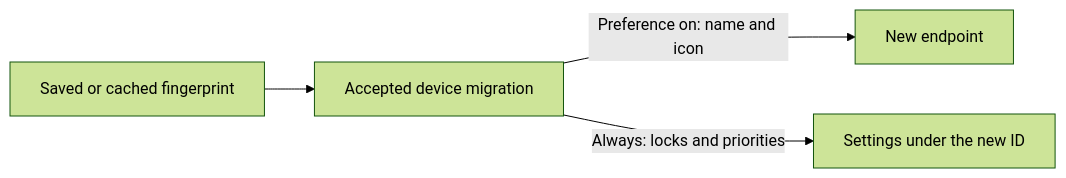
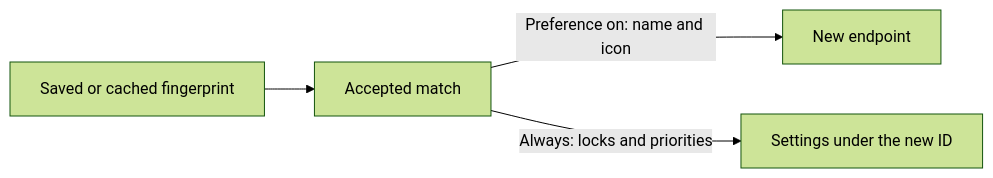
The diagram in docs/device-names-and-icons.md (felipecrs/volume-locker), drawn with Mermaid (forest theme) before and after one commit. The commit also changed other lines of this file and 12 other files, not shown here.

First line of the commit message:
Rename device migration to settings transfer

````diff
--- a/docs/device-names-and-icons.md
+++ b/docs/device-names-and-icons.md
@@ -26,6 +26,6 @@
 ```mermaid
 flowchart LR
-    OLD[Saved or cached fingerprint] --> MATCH[Accepted device migration]
+    OLD[Saved or cached fingerprint] --> MATCH[Accepted match]
     MATCH -->|Preference on: name and icon| NEW[New endpoint]
     MATCH -->|Always: locks and priorities| STATE[Settings under the new ID]
 ```
````
